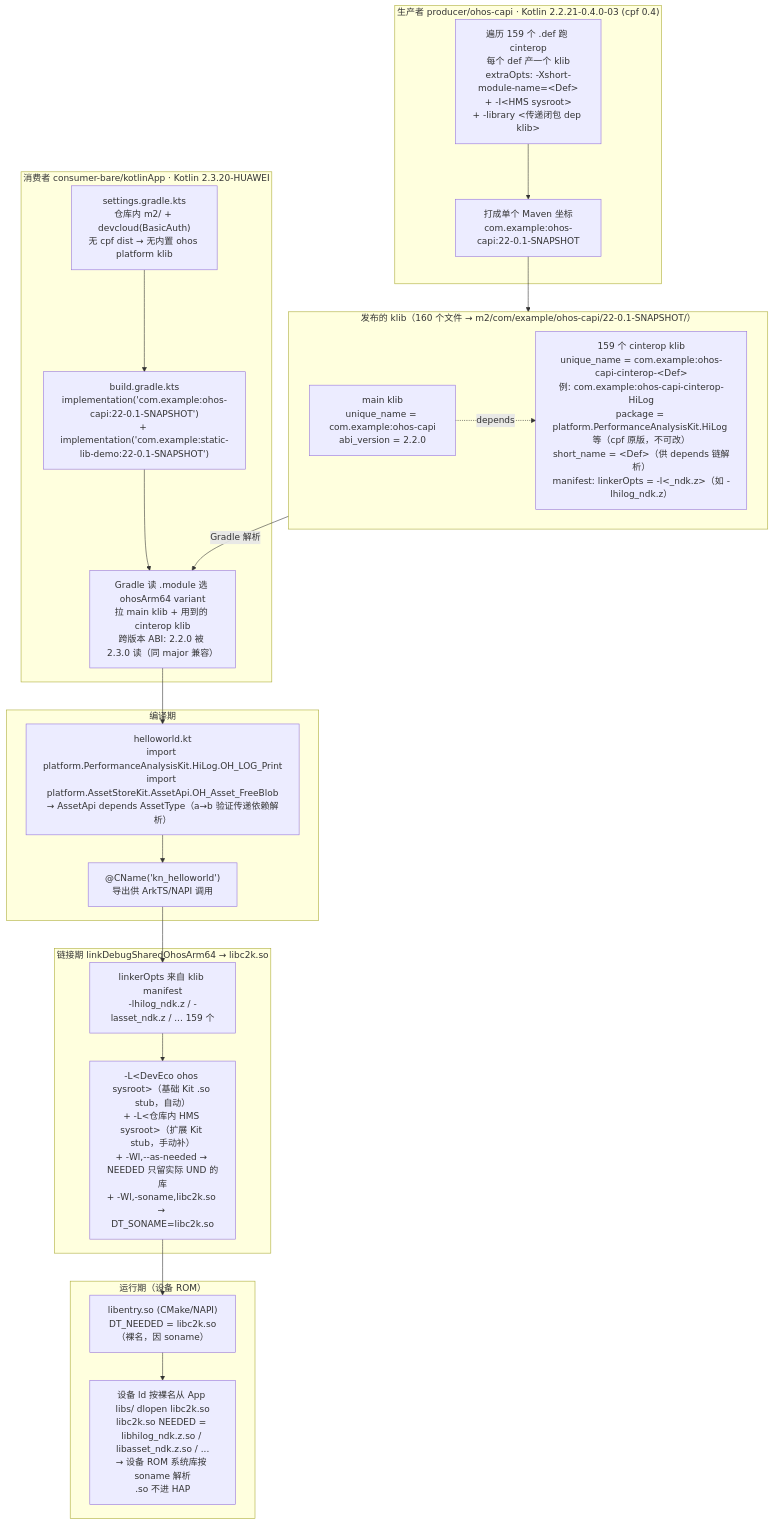
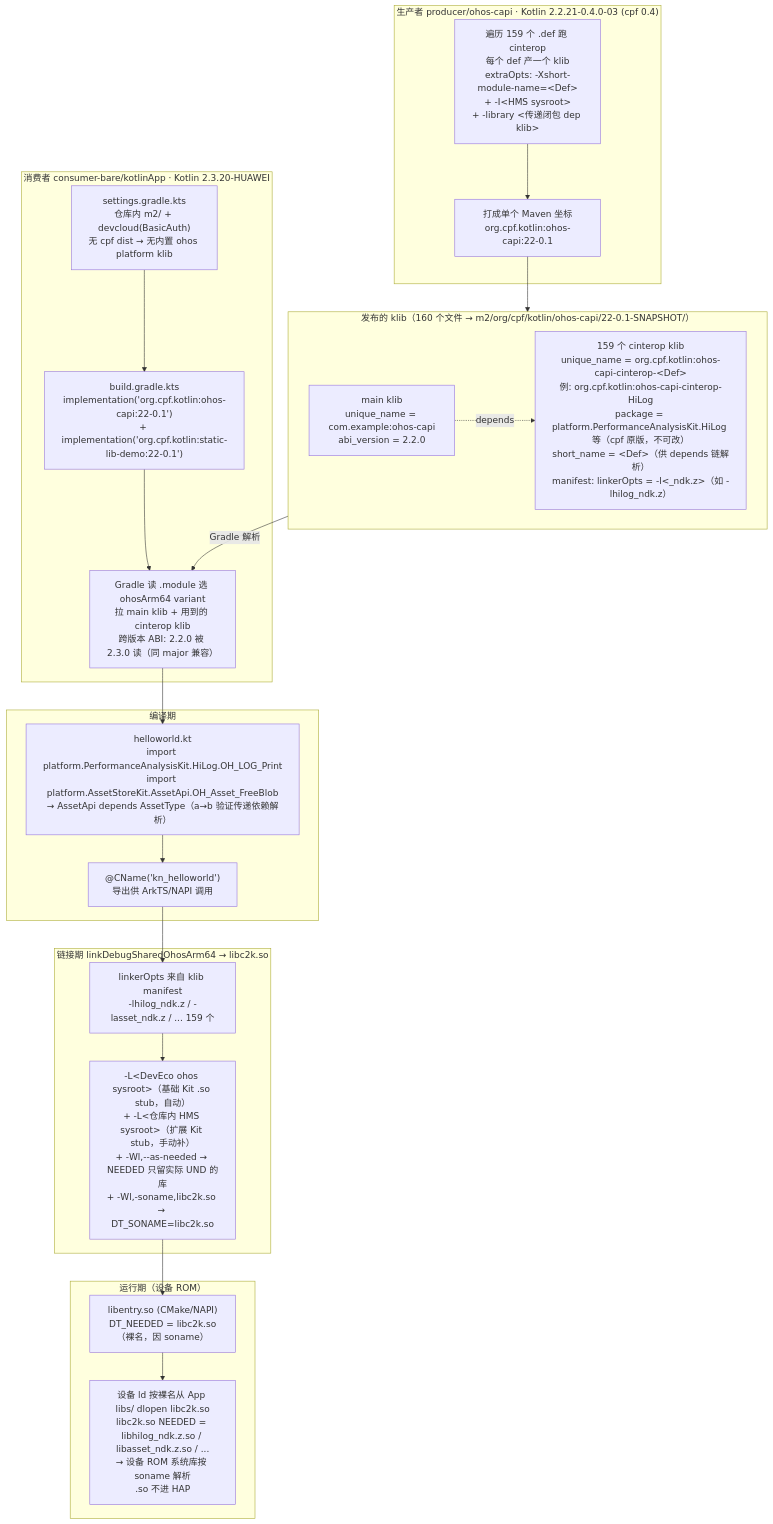
One commit to linhandev/kn_build_tester changed the diagram in design/DESIGN.md. Above: the diagram before and after it, drawn with Mermaid. The commit also changed other lines of this file and 23 other files, not shown here.

First line of the commit message:
feat: 切 org.cpf.kotlin 坐标 + 22-0.1 正式版 + colab 发布 + autotest 修复

````diff
--- a/design/DESIGN.md
+++ b/design/DESIGN.md
@@ -210,49 +210,49 @@
 ```mermaid
 flowchart TB
     subgraph PROD["生产者 producer/ohos-capi · Kotlin 2.2.21-0.4.0-03 (cpf 0.4)"]
         P1["遍历 159 个 .def 跑 cinterop<br/>每个 def 产一个 klib<br/>extraOpts: -Xshort-module-name=&lt;Def&gt;<br/>+ -I&lt;HMS sysroot&gt;<br/>+ -library &lt;传递闭包 dep klib&gt;"]
-        P2["打成单个 Maven 坐标<br/>com.example:ohos-capi:22-0.1-SNAPSHOT"]
+        P2["打成单个 Maven 坐标<br/>org.cpf.kotlin:ohos-capi:22-0.1"]
         P1 --> P2
     end
 
-    subgraph KLIB["发布的 klib（160 个文件 → m2/com/example/ohos-capi/22-0.1-SNAPSHOT/）"]
+    subgraph KLIB["发布的 klib（160 个文件 → m2/org/cpf/kotlin/ohos-capi/22-0.1-SNAPSHOT/）"]
         K1["main klib<br/>unique_name = com.example:ohos-capi<br/>abi_version = 2.2.0"]
-        K2["159 个 cinterop klib<br/>unique_name = com.example:ohos-capi-cinterop-&lt;Def&gt;<br/>例: com.example:ohos-capi-cinterop-HiLog<br/>package = platform.PerformanceAnalysisKit.HiLog 等（cpf 原版，不可改）<br/>short_name = &lt;Def&gt;（供 depends 链解析）<br/>manifest: linkerOpts = -l&lt;_ndk.z&gt;（如 -lhilog_ndk.z）"]
+        K2["159 个 cinterop klib<br/>unique_name = org.cpf.kotlin:ohos-capi-cinterop-&lt;Def&gt;<br/>例: org.cpf.kotlin:ohos-capi-cinterop-HiLog<br/>package = platform.PerformanceAnalysisKit.HiLog 等（cpf 原版，不可改）<br/>short_name = &lt;Def&gt;（供 depends 链解析）<br/>manifest: linkerOpts = -l&lt;_ndk.z&gt;（如 -lhilog_ndk.z）"]
         K1 -. depends .-> K2
     end
 
     P2 --> KLIB
 
     subgraph BARE["消费者 consumer-bare/kotlinApp · Kotlin 2.3.20-HUAWEI"]
         B1["settings.gradle.kts<br/>仓库内 m2/ + devcloud(BasicAuth)<br/>无 cpf dist → 无内置 ohos platform klib"]
-        B2["build.gradle.kts<br/>implementation('com.example:ohos-capi:22-0.1-SNAPSHOT')<br/>+ implementation('com.example:static-lib-demo:22-0.1-SNAPSHOT')"]
+        B2["build.gradle.kts<br/>implementation('org.cpf.kotlin:ohos-capi:22-0.1')<br/>+ implementation('org.cpf.kotlin:static-lib-demo:22-0.1')"]
         B3["Gradle 读 .module 选 ohosArm64 variant<br/>拉 main klib + 用到的 cinterop klib<br/>跨版本 ABI: 2.2.0 被 2.3.0 读（同 major 兼容）"]
         B1 --> B2 --> B3
     end
 
     KLIB -->|Gradle 解析| B3
 
     subgraph COMPILE["编译期"]
         C1["helloworld.kt<br/>import platform.PerformanceAnalysisKit.HiLog.OH_LOG_Print<br/>import platform.AssetStoreKit.AssetApi.OH_Asset_FreeBlob<br/>→ AssetApi depends AssetType（a→b 验证传递依赖解析）"]
         C2["@CName('kn_helloworld')<br/>导出供 ArkTS/NAPI 调用"]
         C1 --> C2
     end
 
     B3 --> C1
 
     subgraph LINK["链接期 linkDebugSharedOhosArm64 → libc2k.so"]
         L1["linkerOpts 来自 klib manifest<br/>-lhilog_ndk.z / -lasset_ndk.z / ... 159 个"]
         L2["-L&lt;DevEco ohos sysroot&gt;（基础 Kit .so stub，自动）<br/>+ -L&lt;仓库内 HMS sysroot&gt;（扩展 Kit stub，手动补）<br/>+ -Wl,--as-needed → NEEDED 只留实际 UND 的库<br/>+ -Wl,-soname,libc2k.so → DT_SONAME=libc2k.so"]
         L1 --> L2
     end
 
     C2 --> L1
 
     subgraph RUN["运行期（设备 ROM）"]
         R1["libentry.so (CMake/NAPI)<br/>DT_NEEDED = libc2k.so（裸名，因 soname）"]
         R2["设备 ld 按裸名从 App libs/ dlopen libc2k.so<br/>libc2k.so NEEDED = libhilog_ndk.z.so / libasset_ndk.z.so / ...<br/>→ 设备 ROM 系统库按 soname 解析<br/>.so 不进 HAP"]
         R1 --> R2
     end
 
     L2 --> R1
 ```
````
